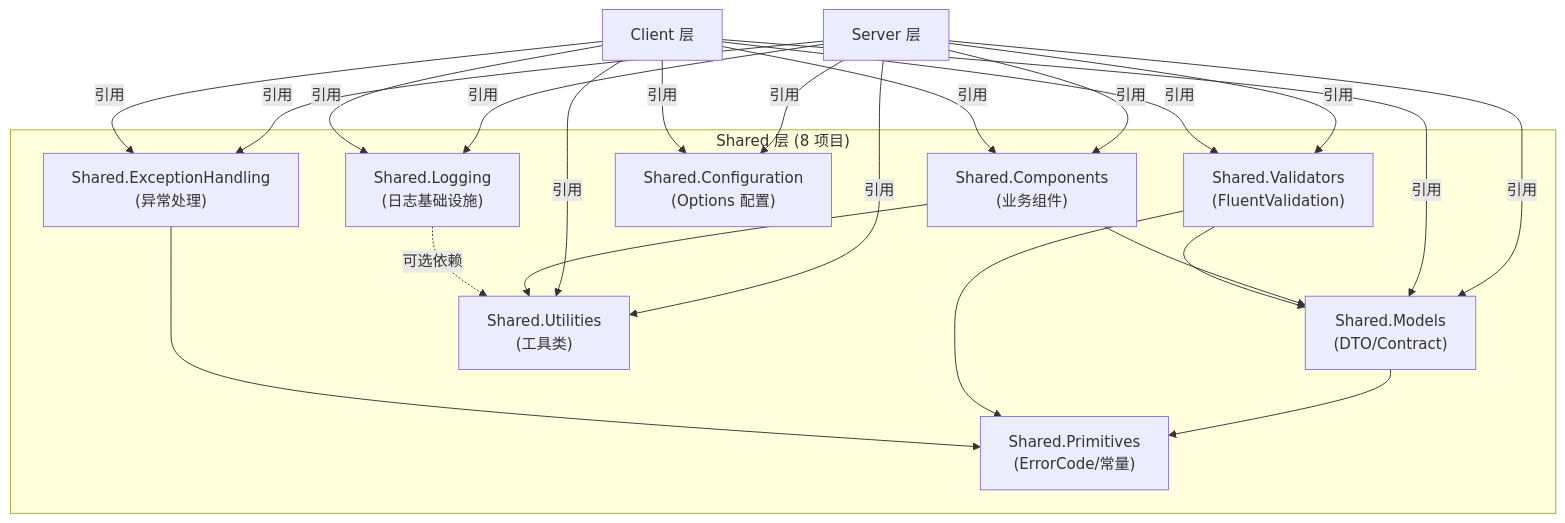
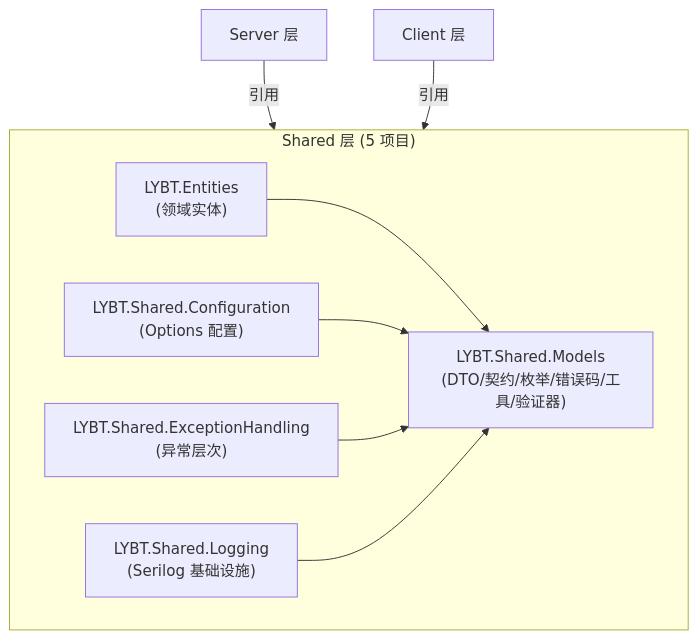
Before and after one commit to shouqitao/LYBTZYZS: the diagram in docs/03-architecture/08-shared.md, drawn with Mermaid. The commit also changed other lines of this file and 4 other files, not shown here.

````diff
--- a/docs/03-architecture/08-shared.md
+++ b/docs/03-architecture/08-shared.md
@@ -9,22 +21,18 @@
 ```mermaid
 graph TB
-    Server["Server 层"] -->|"引用"| Models & Utilities & Components & Logging & ExH & Config & Validators
-    Client["Client 层"] -->|"引用"| Models & Utilities & Components & Logging & ExH & Config & Validators
+    Server["Server 层"] -->|"引用"| Shared
+    Client["Client 层"] -->|"引用"| Shared
 
-    subgraph Shared["Shared 层 (8 项目)"]
-        Primitives["Shared.Primitives<br>(ErrorCode/常量)"]
-        Models["Shared.Models<br>(DTO/Contract)"]
-        Utilities["Shared.Utilities<br>(工具类)"]
-        Components["Shared.Components<br>(业务组件)"]
-        Logging["Shared.Logging<br>(日志基础设施)"]
-        Validators["Shared.Validators<br>(FluentValidation)"]
-        ExH["Shared.ExceptionHandling<br>(异常处理)"]
-        Config["Shared.Configuration<br>(Options 配置)"]
+    subgraph Shared["Shared 层 (5 项目)"]
+        Models["LYBT.Shared.Models<br>(DTO/契约/枚举/错误码/工具/验证器)"]
+        Entities["LYBT.Entities<br>(领域实体)"]
+        Config["LYBT.Shared.Configuration<br>(Options 配置)"]
+        ExH["LYBT.Shared.ExceptionHandling<br>(异常层次)"]
+        Logging["LYBT.Shared.Logging<br>(Serilog 基础设施)"]
     end
 
-    Models --> Primitives
-    Components --> Models & Utilities
-    Validators --> Models & Primitives
-    ExH --> Primitives
-    Logging -.->|"可选依赖"| Utilities
+    Entities --> Models
+    Config --> Models
+    ExH --> Models
+    Logging --> Models
 ```
````
